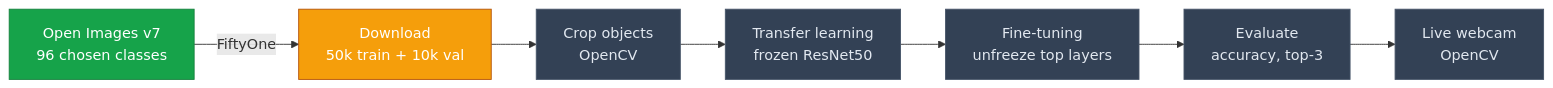
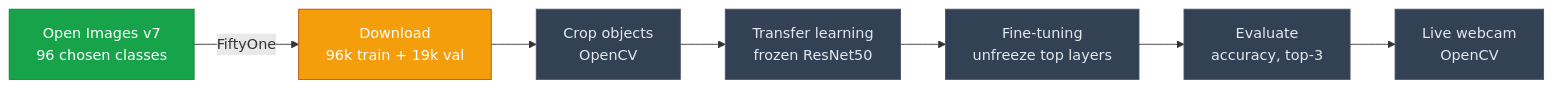
Before and after one commit to python-is-life2022/image-classification-resnet-finetuning: the diagram in README.md, drawn with Mermaid. The commit also changed other lines of this file, not shown here.

````diff
--- a/README.md
+++ b/README.md
@@ -37,16 +45,16 @@
 ```mermaid
 flowchart LR
-    A["Open Images v7<br/>96 chosen classes"] -->|FiftyOne| B["Download<br/>50k train + 10k val"]
+    A["Open Images v7<br/>96 chosen classes"] -->|FiftyOne| B["Download<br/>96k train + 19k val"]
     B --> C["Crop objects<br/>OpenCV"]
     C --> D["Transfer learning<br/>frozen ResNet50"]
     D --> E["Fine-tuning<br/>unfreeze top layers"]
     E --> F["Evaluate<br/>accuracy, top-3"]
     F --> G["Live webcam<br/>OpenCV"]
-
+ 
     classDef done fill:#16a34a,stroke:#15803d,color:#fff;
     classDef wip fill:#f59e0b,stroke:#b45309,color:#fff;
     classDef todo fill:#334155,stroke:#475569,color:#e2e8f0;
     class A done;
     class B wip;
     class C,D,E,F,G todo;
 ```
````
